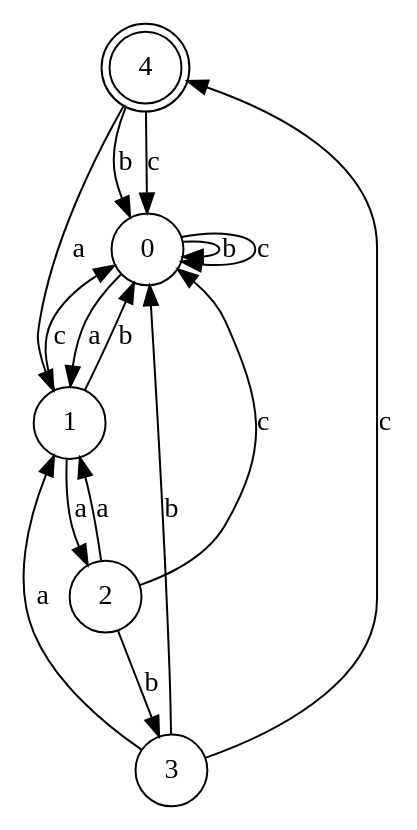
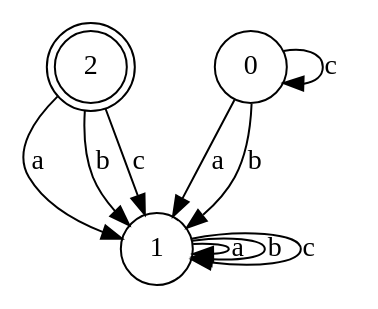
Before and after one commit to BilelAvans/FormMeth: the diagram in Storage/JPEG/hello.gv, drawn with Graphviz. The commit also changed 23 other files, not shown here.

```diff
--- a/Storage/JPEG/hello.gv
+++ b/Storage/JPEG/hello.gv
@@ -1,19 +1,12 @@
 digraph { 
-node [shape = doublecircle]; 4 ;
-node [shape = circle]; 
+node [shape = doublecircle]; 2 node [shape = circle]; 
+0 -> 0 [ label="c", weigth="0.6"]; 
 0 -> 1 [ label="a", weigth="0.6"]; 
-0 -> 0 [ label="b", weigth="0.6"]; 
-0 -> 0 [ label="c", weigth="0.6"]; 
-1 -> 2 [ label="a", weigth="0.6"]; 
-1 -> 0 [ label="b", weigth="0.6"]; 
-1 -> 0 [ label="c", weigth="0.6"]; 
-2 -> 3 [ label="b", weigth="0.6"]; 
+0 -> 1 [ label="b", weigth="0.6"]; 
+1 -> 1 [ label="a", weigth="0.6"]; 
+1 -> 1 [ label="b", weigth="0.6"]; 
+1 -> 1 [ label="c", weigth="0.6"]; 
 2 -> 1 [ label="a", weigth="0.6"]; 
-2 -> 0 [ label="c", weigth="0.6"]; 
-3 -> 4 [ label="c", weigth="0.6"]; 
-3 -> 1 [ label="a", weigth="0.6"]; 
-3 -> 0 [ label="b", weigth="0.6"]; 
-4 -> 1 [ label="a", weigth="0.6"]; 
-4 -> 0 [ label="b", weigth="0.6"]; 
-4 -> 0 [ label="c", weigth="0.6"]; 
+2 -> 1 [ label="b", weigth="0.6"]; 
+2 -> 1 [ label="c", weigth="0.6"]; 
 }
```
